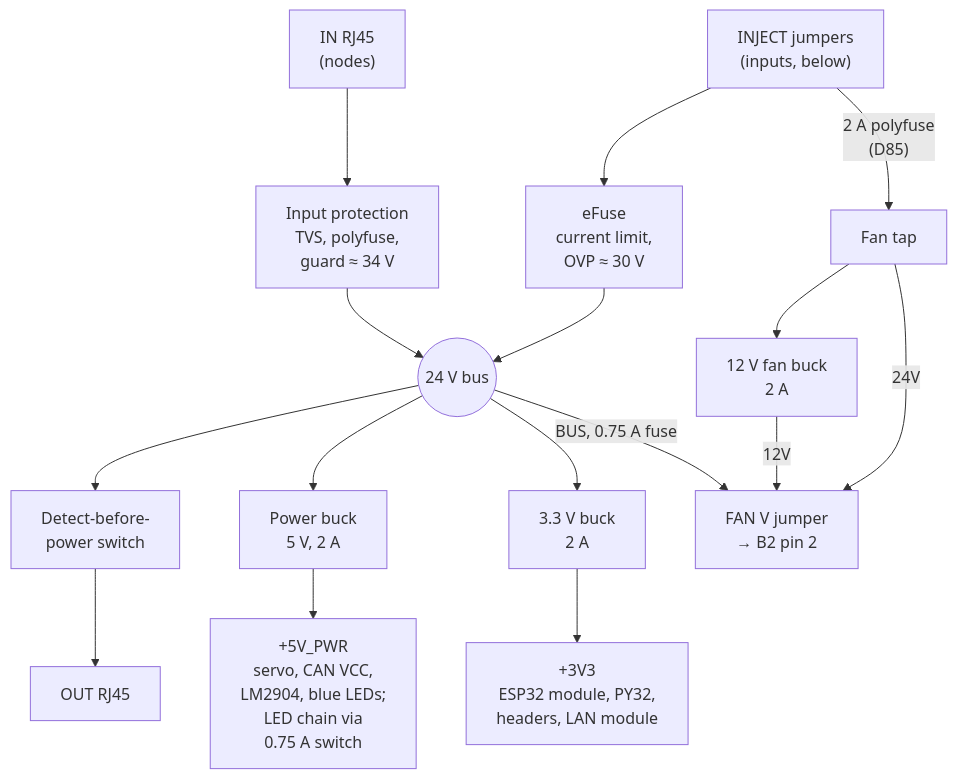
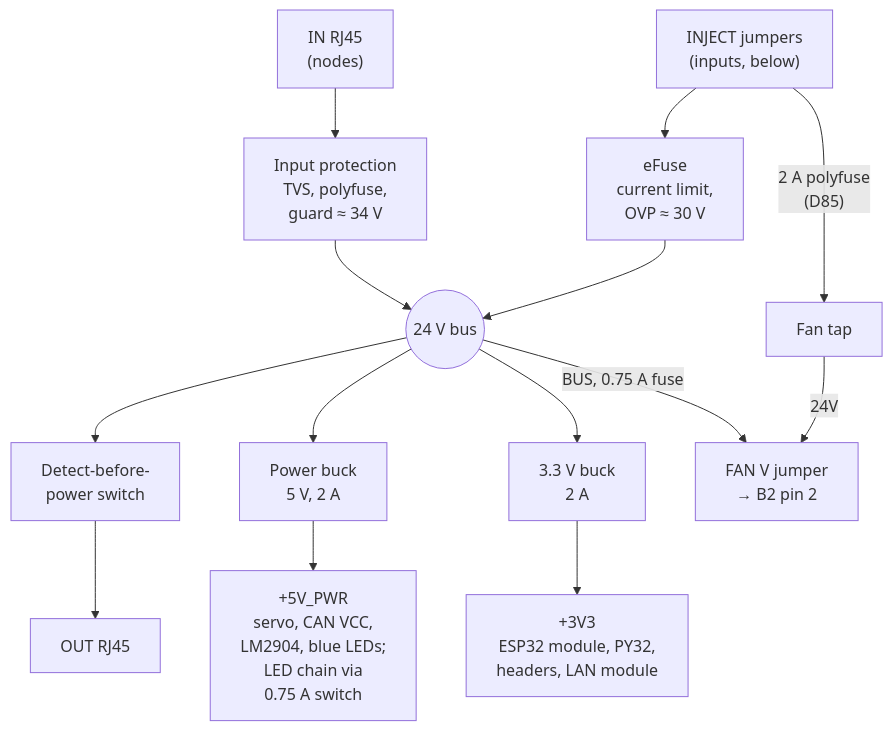
The first of 3 diagrams in docs/02_hardware_specification.md (BashfulBits/3dp-fleet-exhaust), drawn with Mermaid before and after one commit. The commit also changed other lines of this file and 5 other files, not shown here.

First line of the commit message:
D86: drop the 12 V fan buck; FAN V becomes a 1 x 3 BUS/24V jumper

````diff
--- a/docs/02_hardware_specification.md
+++ b/docs/02_hardware_specification.md
@@ -55,15 +55,13 @@
 ```mermaid
 flowchart TB
   IN["IN RJ45<br>(nodes)"] --> PROT["Input protection<br>TVS, polyfuse,<br>guard ≈ 34 V"]
   INJ["INJECT jumpers<br>(inputs, below)"] --> EF["eFuse<br>current limit,<br>OVP ≈ 30 V"]
   PROT --> BUS(("24 V bus"))
   EF --> BUS
   BUS --> DBP["Detect-before-<br>power switch"] --> OUT["OUT RJ45"]
   BUS --> BP["Power buck<br>5 V, 2 A"] --> P5["+5V_PWR<br>servo, CAN VCC,<br>LM2904, blue LEDs;<br>LED chain via<br>0.75 A switch"]
   BUS --> B3["3.3 V buck<br>2 A"] --> S3["+3V3<br>ESP32 module, PY32,<br>headers, LAN module"]
   INJ -->|"2 A polyfuse<br>(D85)"| TAP["Fan tap"]
-  TAP --> B12["12 V fan buck<br>2 A"]
   TAP -->|"24V"| FV["FAN V jumper<br>→ B2 pin 2"]
-  B12 -->|"12V"| FV
   BUS -->|"BUS, 0.75 A fuse"| FV
 ```
````
